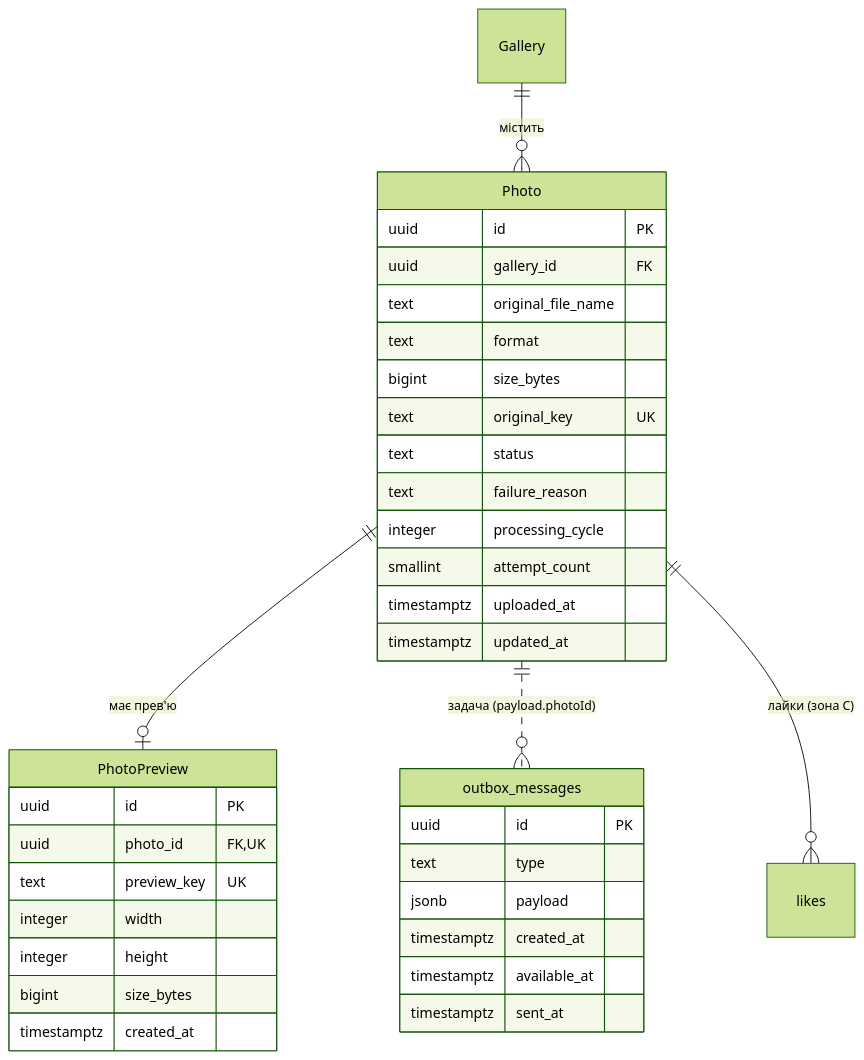
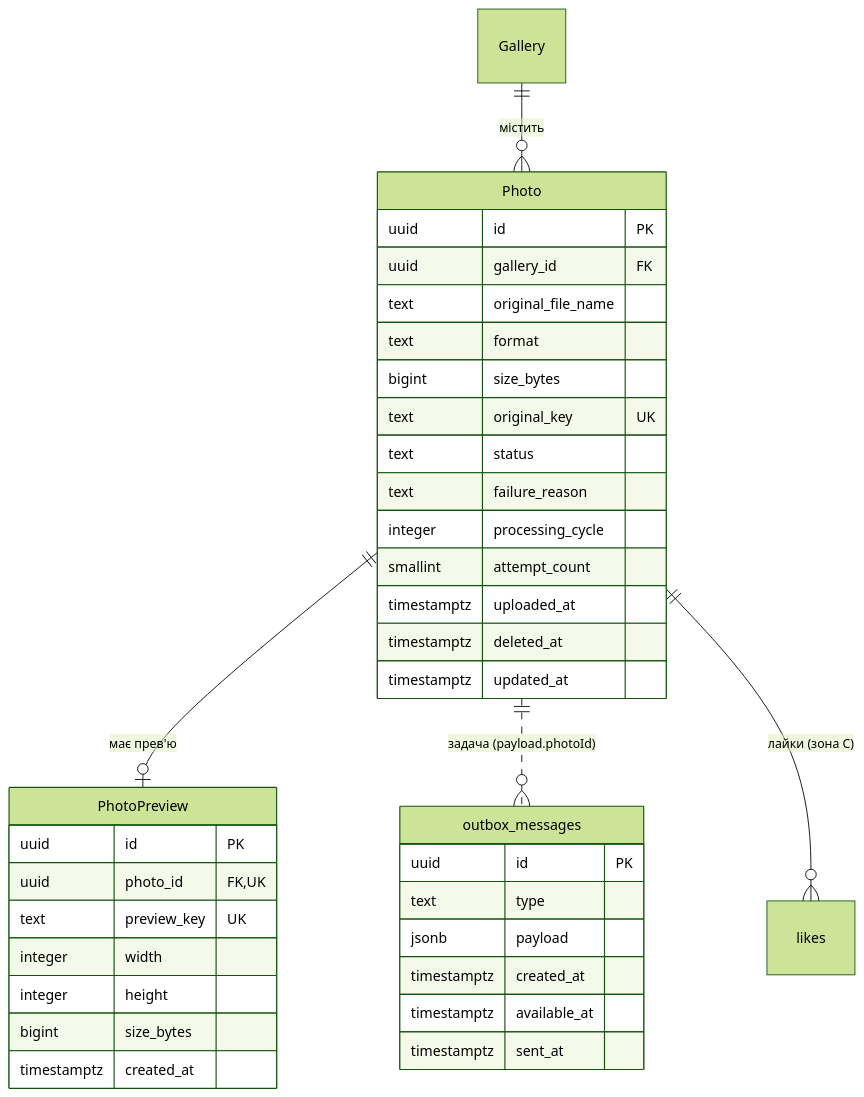
Before and after one commit to alonasaienko/picpick: the diagram in docs/07-data-model/entities-zone-b.md, drawn with Mermaid (forest theme). The commit also changed other lines of this file, not shown here.

Commit message:
docs(data-model): delete files before rows as in CS-102, add photos.deleted_at

````diff
--- a/docs/07-data-model/entities-zone-b.md
+++ b/docs/07-data-model/entities-zone-b.md
@@ -139,41 +144,42 @@
 ```mermaid
 erDiagram
     Gallery ||--o{ Photo : "містить"
     Photo ||--o| PhotoPreview : "має прев'ю"
     Photo ||..o{ outbox_messages : "задача (payload.photoId)"
     Photo ||--o{ likes : "лайки (зона C)"
 
     Photo {
         uuid id PK
         uuid gallery_id FK
         text original_file_name
         text format
         bigint size_bytes
         text original_key UK
         text status
         text failure_reason
         integer processing_cycle
         smallint attempt_count
         timestamptz uploaded_at
+        timestamptz deleted_at
         timestamptz updated_at
     }
 
     PhotoPreview {
         uuid id PK
         uuid photo_id FK,UK
         text preview_key UK
         integer width
         integer height
         bigint size_bytes
         timestamptz created_at
     }
 
     outbox_messages {
         uuid id PK
         text type
         jsonb payload
         timestamptz created_at
         timestamptz available_at
         timestamptz sent_at
     }
 ```
````
